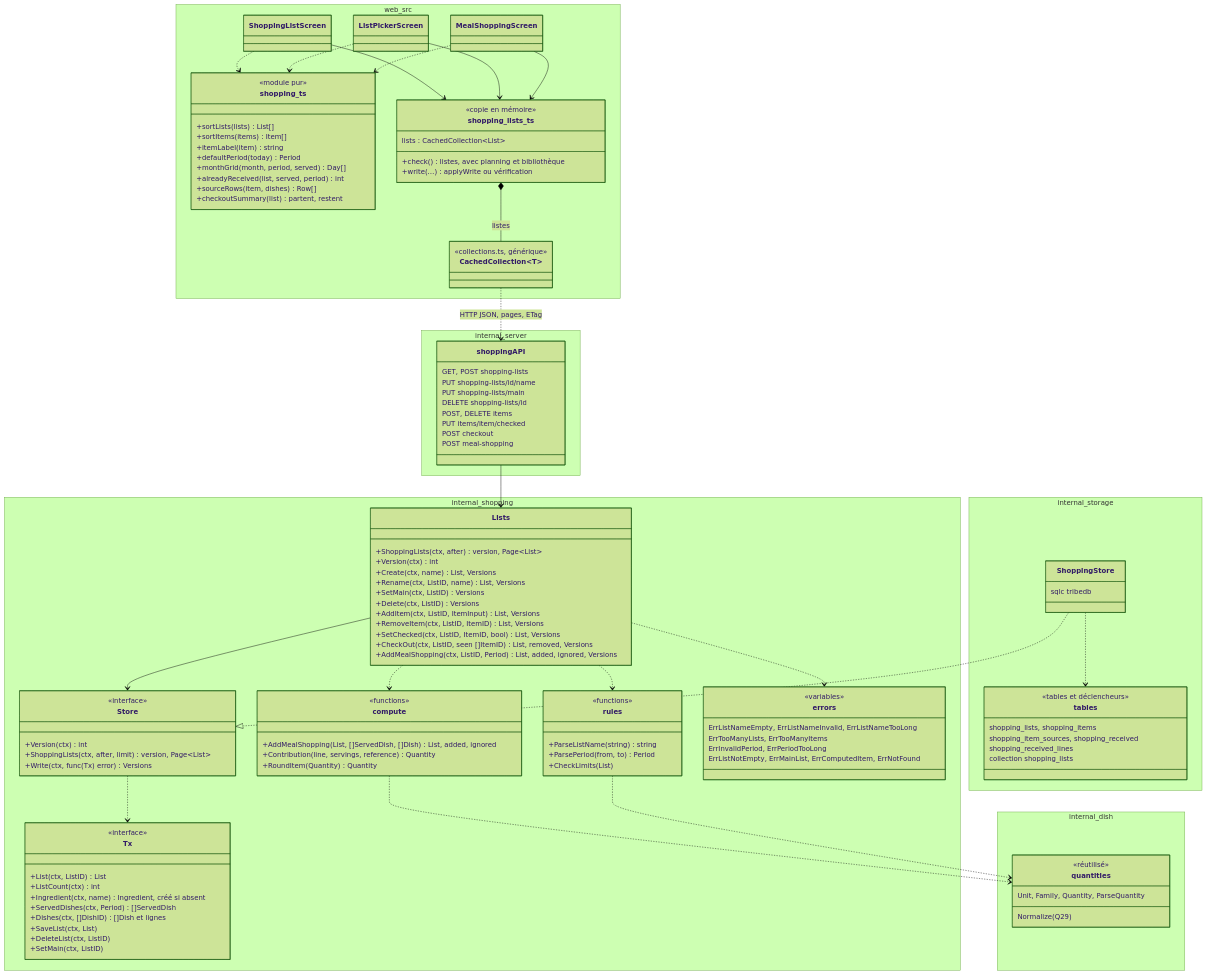
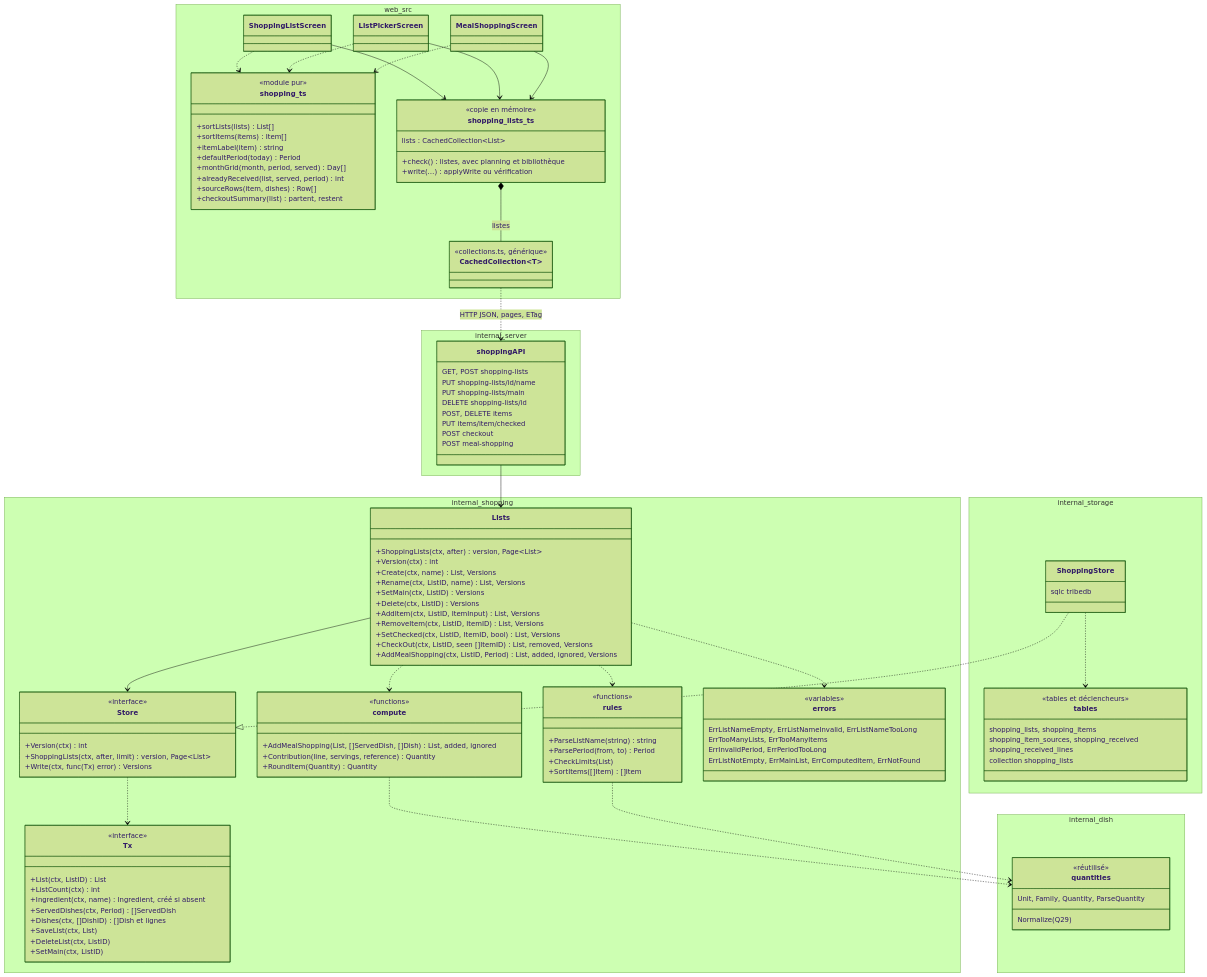
Before and after one commit to nelt/tribe-menus: the second of 5 diagrams in docs/conception/listes-de-courses.md, drawn with Mermaid (forest theme). The commit also changed other lines of this file and 14 other files, not shown here.

```diff
--- a/docs/conception/listes-de-courses.md
+++ b/docs/conception/listes-de-courses.md
@@ -150,6 +150,7 @@
             +ParseListName(string) string
             +ParsePeriod(from, to) Period
             +CheckLimits(List)
+            +SortItems([]Item) []Item
         }
         class errors {
             <<variables>>
```
